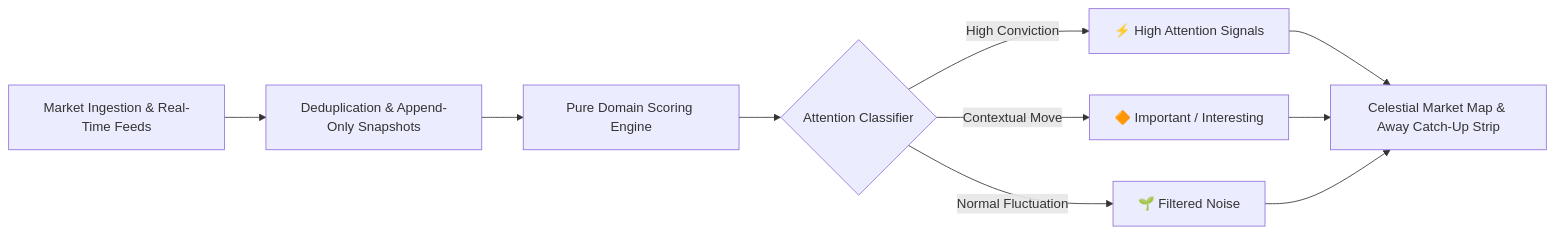
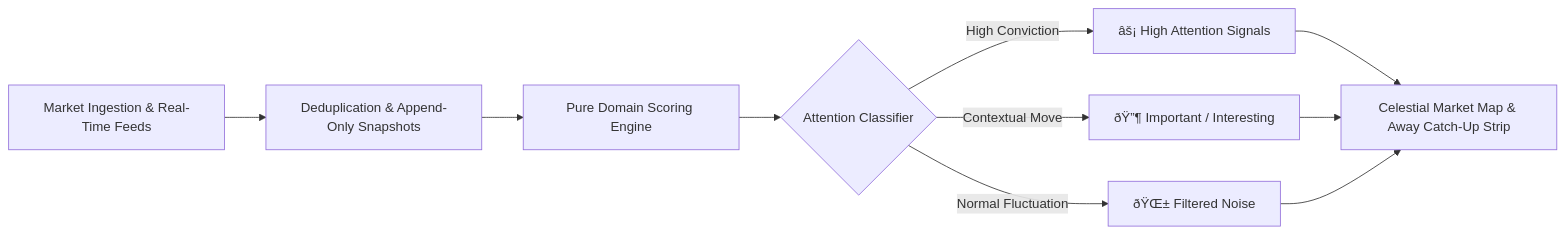
The diagram in README.md (swasray2004/Pulse), drawn with Mermaid before and after one commit. The commit also changed other lines of this file, not shown here.

````diff
--- a/README.md
+++ b/README.md
@@ -46,10 +50,10 @@
 ```mermaid
 flowchart LR
     A[Market Ingestion & Real-Time Feeds] --> B[Deduplication & Append-Only Snapshots]
     B --> C[Pure Domain Scoring Engine]
     C --> D{Attention Classifier}
-    D -->|High Conviction| E[⚡ High Attention Signals]
-    D -->|Contextual Move| F[🔶 Important / Interesting]
-    D -->|Normal Fluctuation| G[🌱 Filtered Noise]
+    D -->|High Conviction| E[âš¡ High Attention Signals]
+    D -->|Contextual Move| F[ðŸ”¶ Important / Interesting]
+    D -->|Normal Fluctuation| G[ðŸŒ± Filtered Noise]
     E & F & G --> H[Celestial Market Map & Away Catch-Up Strip]
 ```
````
